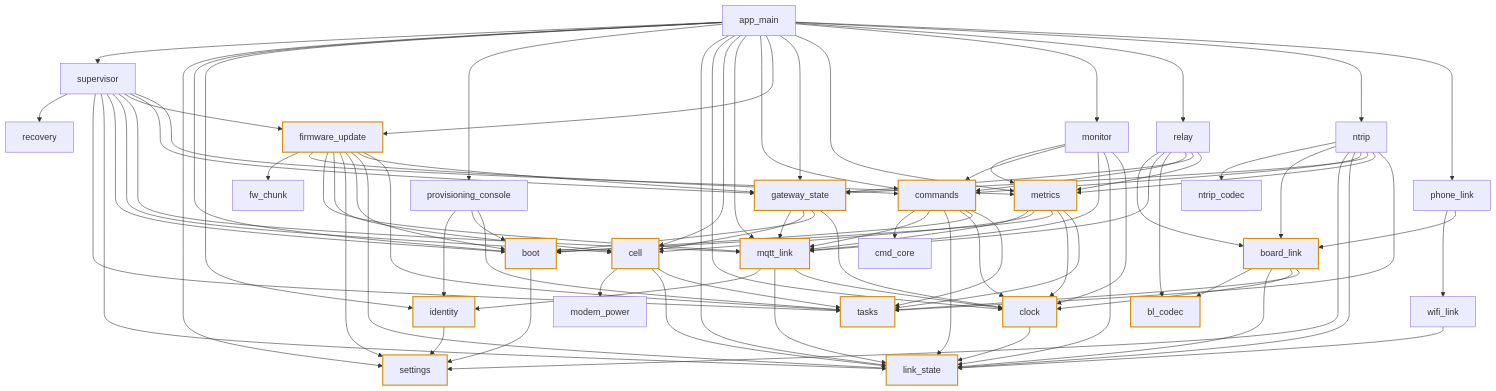
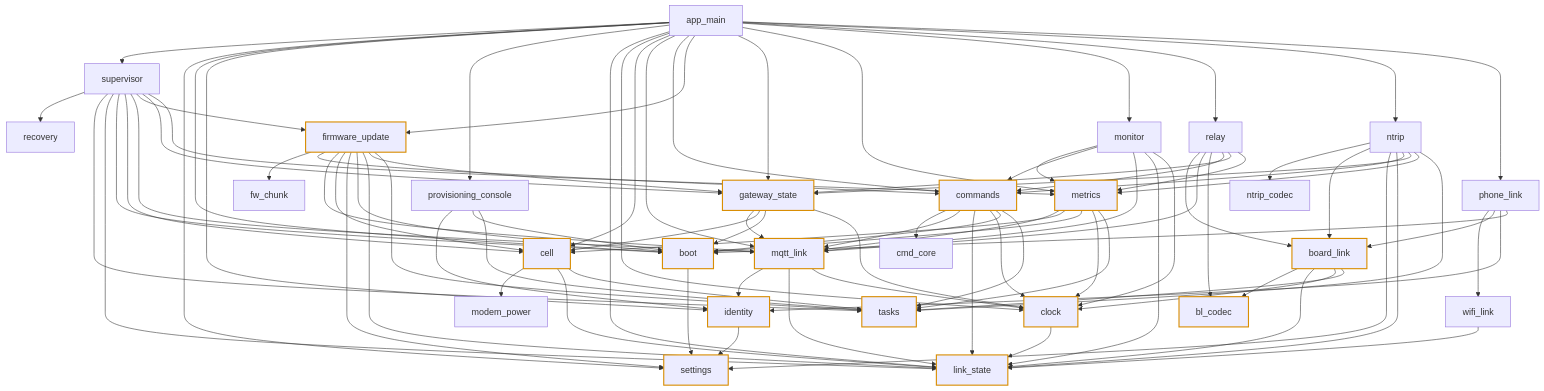
One commit to rmx-lt/rmx-mower-gateway changed the fifth of 6 diagrams in .esp-architecture/diagrams/diagrams.md. Above: the diagram before and after it, drawn with Mermaid. The commit also changed other lines of this file and 4 other files, not shown here.

````diff
--- a/.esp-architecture/diagrams/diagrams.md
+++ b/.esp-architecture/diagrams/diagrams.md
@@ -282,6 +286,8 @@
   n_wifi_link --> n_link_state
   n_phone_link --> n_wifi_link
   n_phone_link --> n_board_link
+  n_phone_link --> n_identity
+  n_phone_link --> n_boot
   classDef shared stroke:#d98e04,stroke-width:2px
   class n_settings,n_boot,n_identity,n_link_state,n_clock,n_cell,n_mqtt_link,n_commands,n_firmware_update,n_gateway_state,n_metrics,n_tasks,n_bl_codec,n_board_link shared
 ```
````
